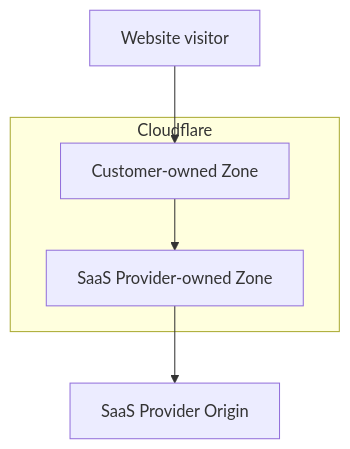
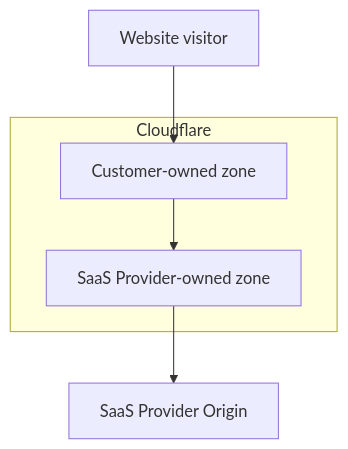
The second of 2 diagrams in content/cloudflare-for-platforms/cloudflare-for-saas/saas-customers/how-it-works.md (rdhanarot/cloudflare-docs), drawn with Mermaid before and after one commit. The commit also changed other lines of this file and 7 other files, not shown here.

````diff
--- a/content/cloudflare-for-platforms/cloudflare-for-saas/saas-customers/how-it-works.md
+++ b/content/cloudflare-for-platforms/cloudflare-for-saas/saas-customers/how-it-works.md
@@ -43,17 +43,17 @@
 ```mermaid
 flowchart TD
 accTitle: O2O-enabled traffic flow diagram
 
 A[Website visitor]
 
 subgraph Cloudflare
-  B[Customer-owned Zone]
-  C[SaaS Provider-owned Zone]
+  B[Customer-owned zone]
+  C[SaaS Provider-owned zone]
 end
 
 D[SaaS Provider Origin]
 
 A --> B
 B --> C
 C --> D
 ```
````
